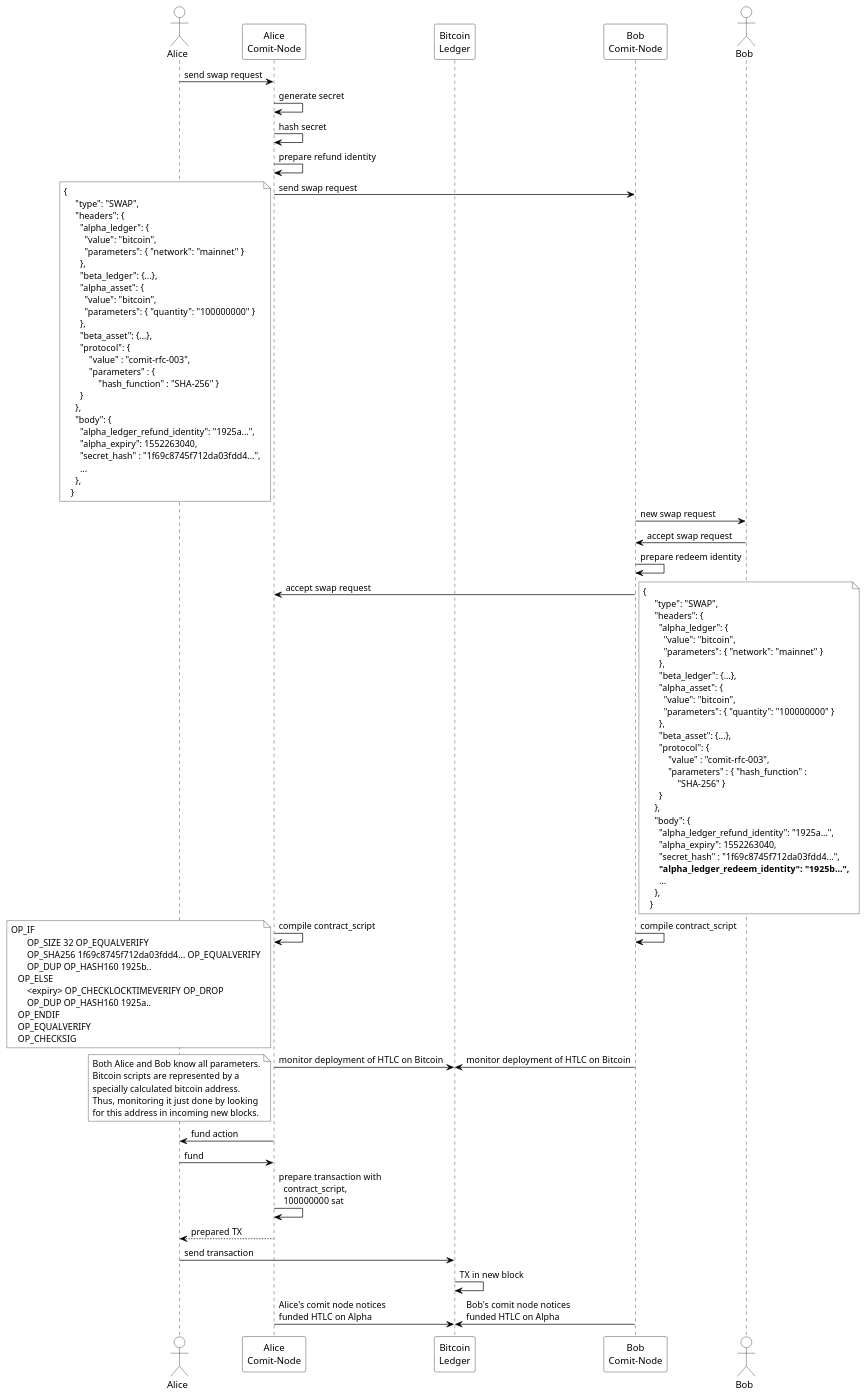
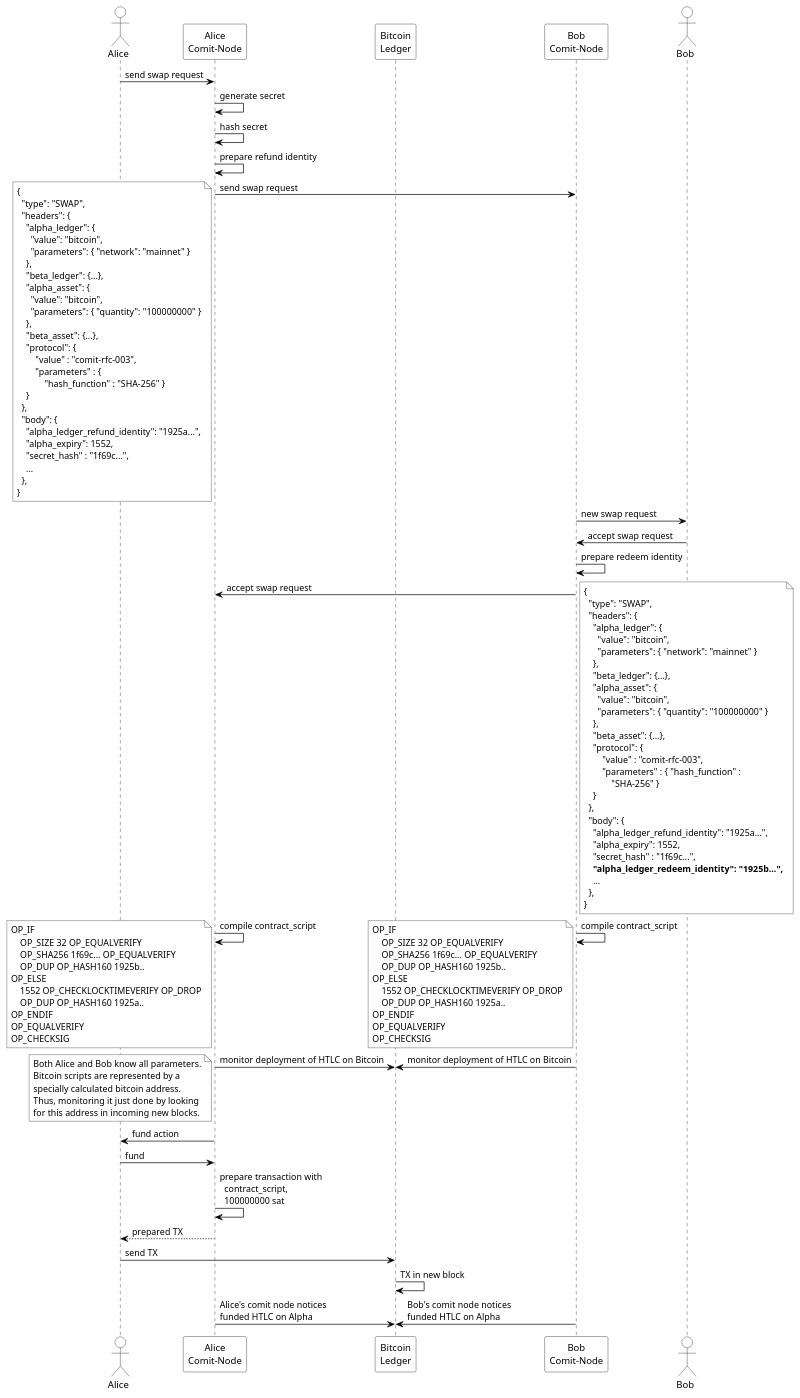
The diagram in assets/RFC005-Bitcoin-HTLC-Deployment.puml (comit-network/RFCs), drawn with PlantUML before and after one commit.

Commit message:
shorten values and enhance

```diff
--- a/assets/RFC005-Bitcoin-HTLC-Deployment.puml
+++ b/assets/RFC005-Bitcoin-HTLC-Deployment.puml
@@ -4,132 +4,144 @@
 @startuml
 ' #################################################
 ' SETTINGS: color settings of diagram
 ' #################################################
 skinparam sequence {
 	BorderColor black
 	ArrowColor black
 	ActorBorderColor black
 	LifeLineBorderColor black
 	LifeLineBackgroundColor white
 	
 	ParticipantBorderColor black
 	ParticipantBackgroundColor white
 	ParticipantFontColor black
 	
 	ActorBackgroundColor white
 	ActorFontColor black
 }
 ' #################################################
 ' ACTORS
 ' #################################################
 actor Alice
 participant "Alice\nComit-Node" as AC
 participant "Bitcoin\nLedger" as Alpha
 participant "Bob\nComit-Node" as BC
 actor Bob
 
 ' allow parallelism
 !pragma teoz true
 
 ' #################################################
 ' DIAGRAM
 ' #################################################
 Alice->AC: send swap request
 AC->AC: generate secret
 AC->AC: hash secret
 AC->AC: prepare refund identity
 AC->BC: send swap request
 note left #white
-	{
-      "type": "SWAP",
-      "headers": {
-        "alpha_ledger": {
-          "value": "bitcoin",
-          "parameters": { "network": "mainnet" }
-        },
-        "beta_ledger": {...},
-        "alpha_asset": {
-          "value": "bitcoin",
-          "parameters": { "quantity": "100000000" }
-        },
-        "beta_asset": {...},
-        "protocol": {
-            "value" : "comit-rfc-003",
-            "parameters" : {
-                "hash_function" : "SHA-256" }
-        }
-      },
-      "body": {
-        "alpha_ledger_refund_identity": "1925a...",
-        "alpha_expiry": 1552263040,
-        "secret_hash" : "1f69c8745f712da03fdd4...",
-        ...
-      },
+{
+  "type": "SWAP",
+  "headers": {
+    "alpha_ledger": {
+      "value": "bitcoin",
+      "parameters": { "network": "mainnet" }
+    },
+    "beta_ledger": {...},
+    "alpha_asset": {
+      "value": "bitcoin",
+      "parameters": { "quantity": "100000000" }
+    },
+    "beta_asset": {...},
+    "protocol": {
+        "value" : "comit-rfc-003",
+        "parameters" : {
+            "hash_function" : "SHA-256" }
     }
+  },
+  "body": {
+    "alpha_ledger_refund_identity": "1925a...",
+    "alpha_expiry": 1552,
+    "secret_hash" : "1f69c...",
+    ...
+  },
+}
 end note
 BC->Bob: new swap request
 Bob->BC: accept swap request
 BC->BC: prepare redeem identity
 BC->AC: accept swap request
 note right #white
-	{
-      "type": "SWAP",
-      "headers": {
-        "alpha_ledger": {
-          "value": "bitcoin",
-          "parameters": { "network": "mainnet" }
-        },
-        "beta_ledger": {...},
-        "alpha_asset": {
-          "value": "bitcoin",
-          "parameters": { "quantity": "100000000" }
-        },
-        "beta_asset": {...},
-        "protocol": {
-            "value" : "comit-rfc-003",
-            "parameters" : { "hash_function" :
-                "SHA-256" }
-        }
-      },
-      "body": {
-        "alpha_ledger_refund_identity": "1925a...",
-        "alpha_expiry": 1552263040,
-        "secret_hash" : "1f69c8745f712da03fdd4...",
-        **"alpha_ledger_redeem_identity": "1925b...",**
-        ...
-      },
+{
+  "type": "SWAP",
+  "headers": {
+    "alpha_ledger": {
+      "value": "bitcoin",
+      "parameters": { "network": "mainnet" }
+    },
+    "beta_ledger": {...},
+    "alpha_asset": {
+      "value": "bitcoin",
+      "parameters": { "quantity": "100000000" }
+    },
+    "beta_asset": {...},
+    "protocol": {
+        "value" : "comit-rfc-003",
+        "parameters" : { "hash_function" :
+            "SHA-256" }
     }
+  },
+  "body": {
+    "alpha_ledger_refund_identity": "1925a...",
+    "alpha_expiry": 1552,
+    "secret_hash" : "1f69c...",
+    **"alpha_ledger_redeem_identity": "1925b...",**
+    ...
+  },
+}
 end note
 BC->BC: compile contract_script
+note left #white
+OP_IF
+    OP_SIZE 32 OP_EQUALVERIFY
+    OP_SHA256 1f69c... OP_EQUALVERIFY
+    OP_DUP OP_HASH160 1925b..
+OP_ELSE
+    1552 OP_CHECKLOCKTIMEVERIFY OP_DROP
+    OP_DUP OP_HASH160 1925a..
+OP_ENDIF
+OP_EQUALVERIFY
+OP_CHECKSIG
+end note
 & AC->AC: compile contract_script
 note left #white
-	OP_IF
-        OP_SIZE 32 OP_EQUALVERIFY
-        OP_SHA256 1f69c8745f712da03fdd4... OP_EQUALVERIFY
-        OP_DUP OP_HASH160 1925b..
-    OP_ELSE
-        <expiry> OP_CHECKLOCKTIMEVERIFY OP_DROP
-        OP_DUP OP_HASH160 1925a..
-    OP_ENDIF
-    OP_EQUALVERIFY
-    OP_CHECKSIG
+OP_IF
+    OP_SIZE 32 OP_EQUALVERIFY
+    OP_SHA256 1f69c... OP_EQUALVERIFY
+    OP_DUP OP_HASH160 1925b..
+OP_ELSE
+    1552 OP_CHECKLOCKTIMEVERIFY OP_DROP
+    OP_DUP OP_HASH160 1925a..
+OP_ENDIF
+OP_EQUALVERIFY
+OP_CHECKSIG
 end note
 BC->Alpha: monitor deployment of HTLC on Bitcoin
 & AC->Alpha: monitor deployment of HTLC on Bitcoin
 note left #white
 	Both Alice and Bob know all parameters.
 	Bitcoin scripts are represented by a
 	specially calculated bitcoin address.
 	Thus, monitoring it just done by looking
 	for this address in incoming new blocks.
 end note
 AC->Alice: fund action
 Alice->AC: fund
 AC->AC: prepare transaction with\n  contract_script,\n  100000000 sat
 AC-->Alice: prepared TX
-Alice->Alpha: send transaction
+Alice->Alpha: send TX
 Alpha->Alpha: TX in new block
 AC->Alpha: Alice's comit node notices\nfunded HTLC on Alpha
 & BC->Alpha: Bob's comit node notices\nfunded HTLC on Alpha
 
 @enduml
```
